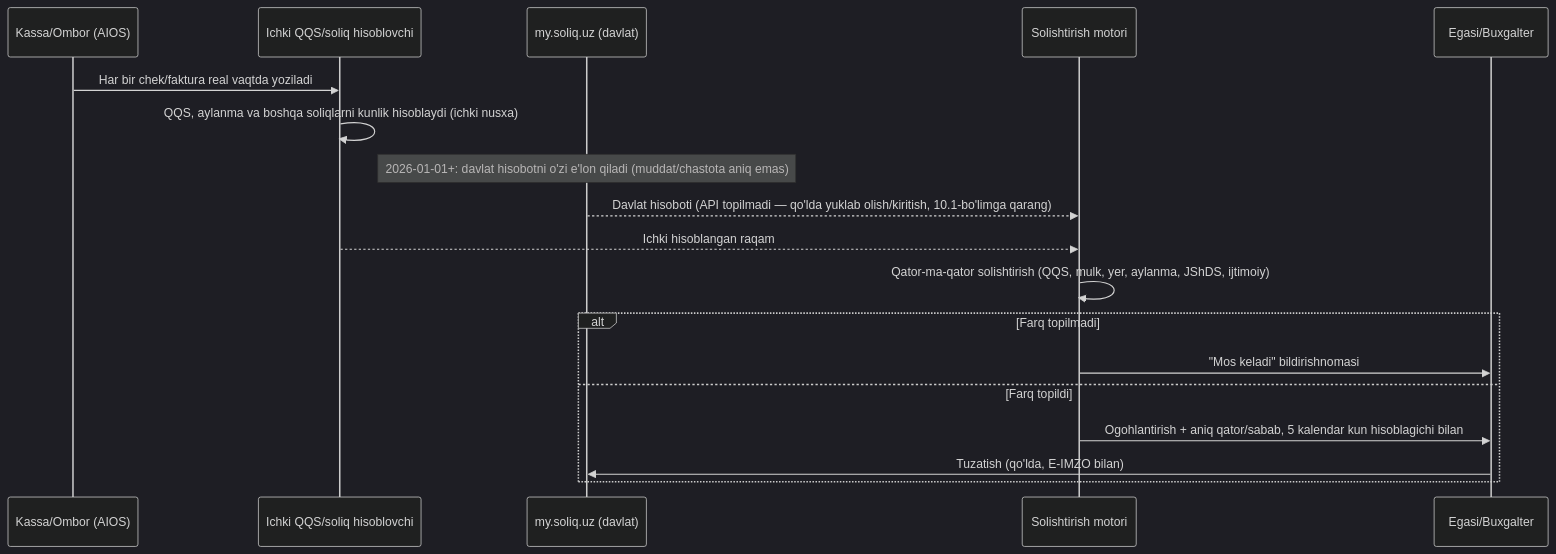
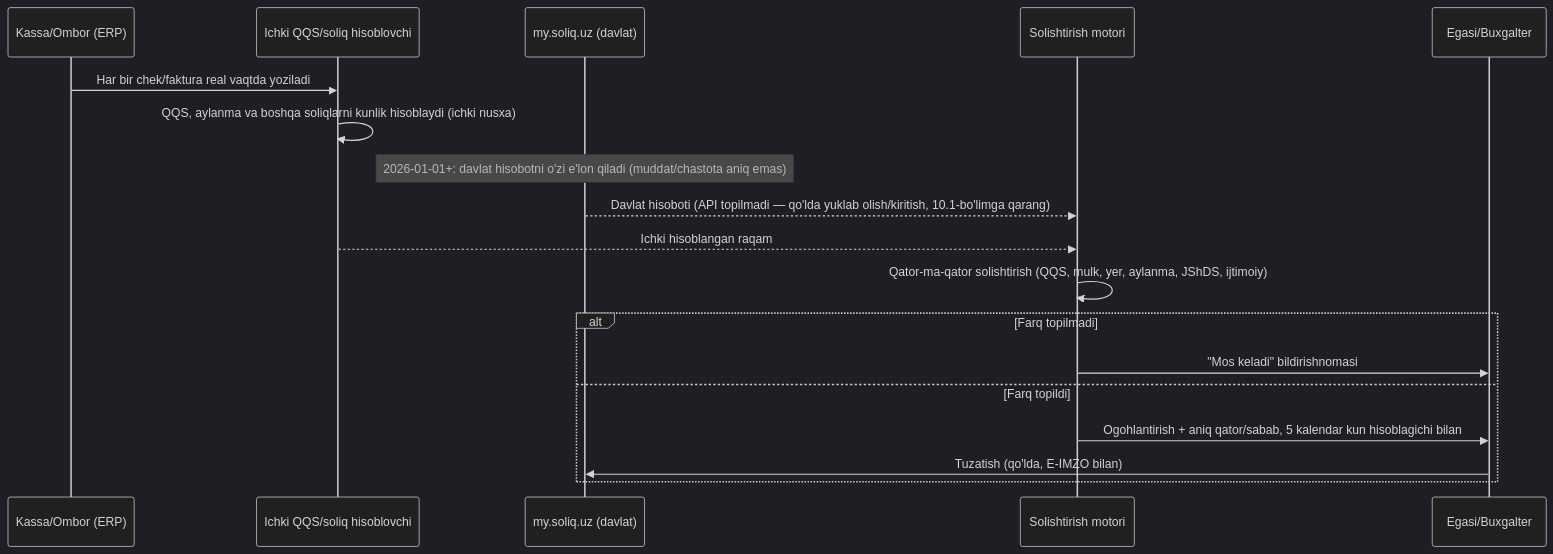
Before and after one commit to hasanoff507/erp: the first of 2 diagrams in research_notes/texnik/04-arxitektura-va-stack.md, drawn with Mermaid (dark theme). The commit also changed other lines of this file and 26 other files, not shown here.

````diff
--- a/research_notes/texnik/04-arxitektura-va-stack.md
+++ b/research_notes/texnik/04-arxitektura-va-stack.md
@@ -93,21 +93,21 @@
 ```mermaid
 sequenceDiagram
-    participant Kassa as Kassa/Ombor (AIOS)
+    participant Kassa as Kassa/Ombor (ERP)
     participant Ledger as Ichki QQS/soliq hisoblovchi
     participant MySoliq as my.soliq.uz (davlat)
     participant Diff as Solishtirish motori
     participant Owner as Egasi/Buxgalter
 
     Kassa->>Ledger: Har bir chek/faktura real vaqtda yoziladi
     Ledger->>Ledger: QQS, aylanma va boshqa soliqlarni kunlik hisoblaydi (ichki nusxa)
     Note over MySoliq: 2026-01-01+: davlat hisobotni o'zi e'lon qiladi (muddat/chastota aniq emas)
     MySoliq-->>Diff: Davlat hisoboti (API topilmadi — qo'lda yuklab olish/kiritish, 10.1-bo'limga qarang)
     Ledger-->>Diff: Ichki hisoblangan raqam
     Diff->>Diff: Qator-ma-qator solishtirish (QQS, mulk, yer, aylanma, JShDS, ijtimoiy)
     alt Farq topilmadi
         Diff->>Owner: "Mos keladi" bildirishnomasi
     else Farq topildi
         Diff->>Owner: Ogohlantirish + aniq qator/sabab, 5 kalendar kun hisoblagichi bilan
         Owner->>MySoliq: Tuzatish (qo'lda, E-IMZO bilan)
     end
 ```
````
